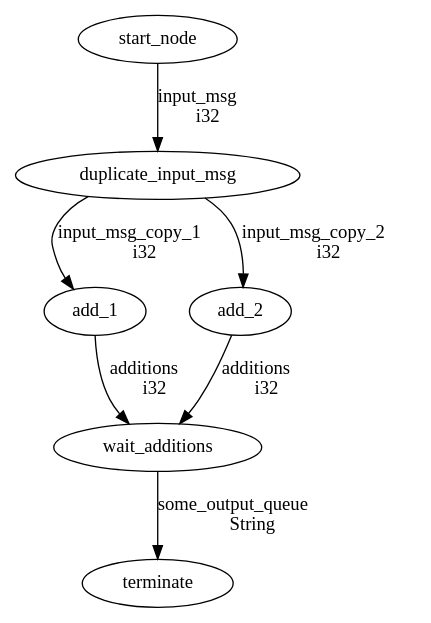
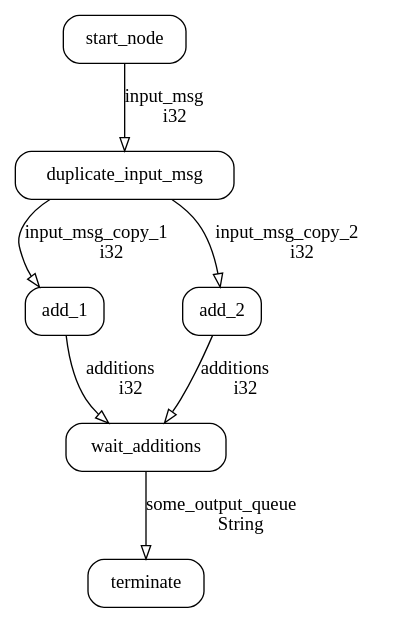
One commit to qwfy/dge changed the diagram in dge-example/src/generated/graph.dot. Above: the diagram before and after it, drawn with Graphviz. The commit also changed 2 other files, not shown here.

Commit message:
Make the generated dot graph look better

```diff
--- a/dge-example/src/generated/graph.dot
+++ b/dge-example/src/generated/graph.dot
@@ -1,14 +1,14 @@
 digraph {
-    0 [ label = "start_node" ]
-    1 [ label = "duplicate_input_msg" ]
-    2 [ label = "add_1" ]
-    3 [ label = "add_2" ]
-    4 [ label = "wait_additions" ]
-    5 [ label = "terminate" ]
-    0 -> 1 [ label = "input_msg\li32" ]
-    1 -> 2 [ label = "input_msg_copy_1\li32" ]
-    1 -> 3 [ label = "input_msg_copy_2\li32" ]
-    2 -> 4 [ label = "additions\li32" ]
-    3 -> 4 [ label = "additions\li32" ]
-    4 -> 5 [ label = "some_output_queue\lString" ]
+    0 [ label = "start_node" shape = "box" style = "rounded"]
+    1 [ label = "duplicate_input_msg" shape = "box" style = "rounded"]
+    2 [ label = "add_1" shape = "box" style = "rounded"]
+    3 [ label = "add_2" shape = "box" style = "rounded"]
+    4 [ label = "wait_additions" shape = "box" style = "rounded"]
+    5 [ label = "terminate" shape = "box" style = "rounded"]
+    0 -> 1 [ label = "input_msg\li32" arrowhead = "onormal"]
+    1 -> 2 [ label = "input_msg_copy_1\li32" arrowhead = "onormal"]
+    1 -> 3 [ label = "input_msg_copy_2\li32" arrowhead = "onormal"]
+    2 -> 4 [ label = "additions\li32" arrowhead = "onormal"]
+    3 -> 4 [ label = "additions\li32" arrowhead = "onormal"]
+    4 -> 5 [ label = "some_output_queue\lString" arrowhead = "onormal"]
 }
```
